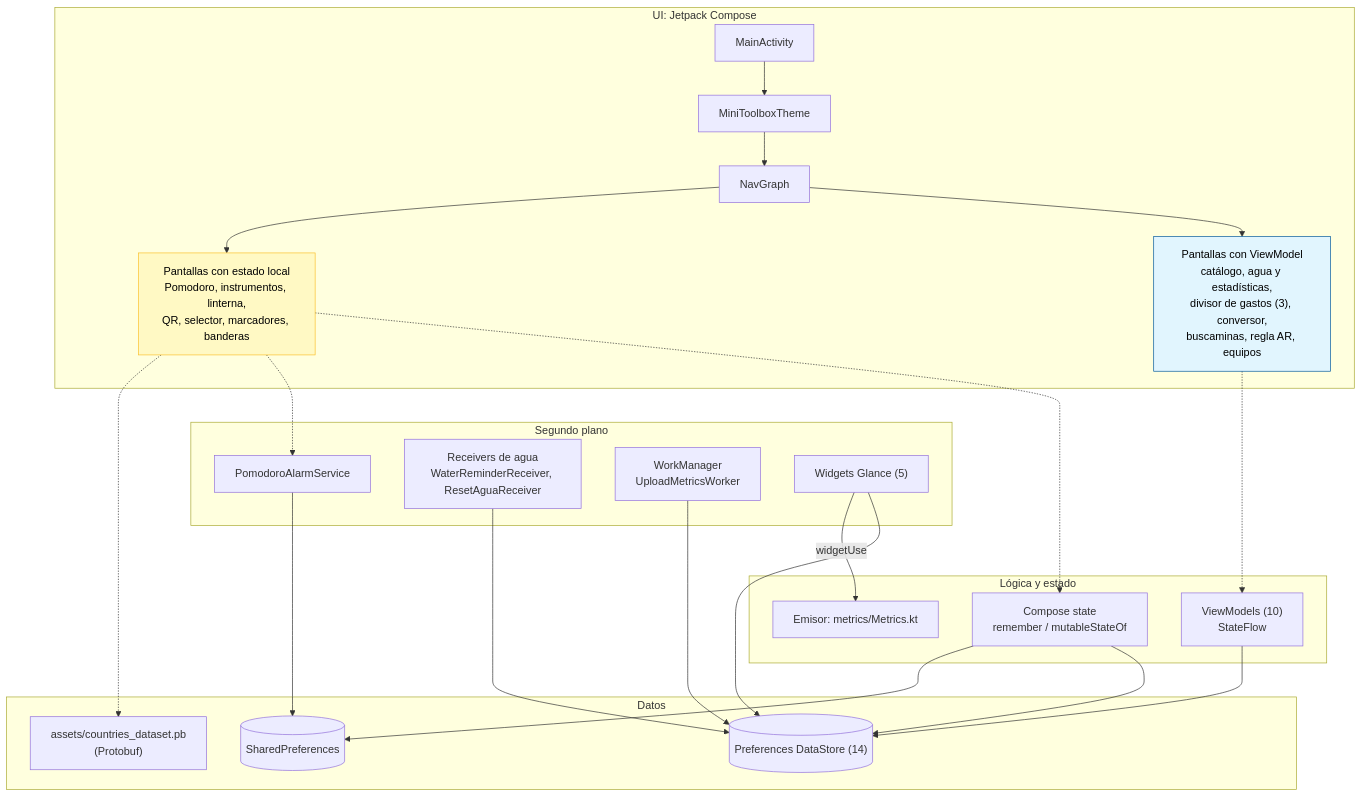
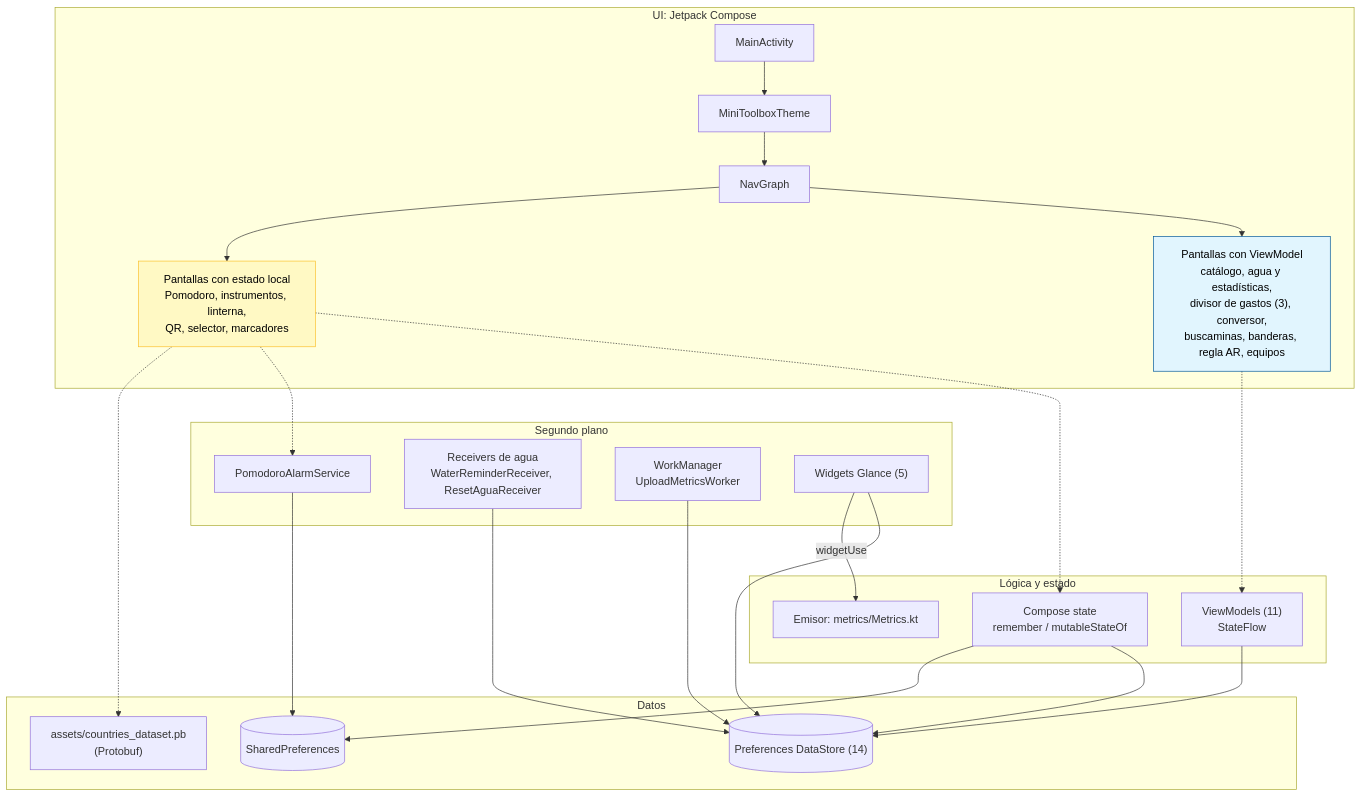
One commit to JoaquinSasso/MiniToolbox changed the first of 4 diagrams in docs/architecture.md. Above: the diagram before and after it, drawn with Mermaid. The commit also changed other lines of this file and 15 other files, not shown here.

````diff
--- a/docs/architecture.md
+++ b/docs/architecture.md
@@ -22,43 +22,43 @@
 ```mermaid
 flowchart TD
     subgraph UI [UI: Jetpack Compose]
         MA[MainActivity] --> MT[MiniToolboxTheme]
         MT --> NG[NavGraph]
-        NG --> VMS["Pantallas con ViewModel<br/>catálogo, agua y estadísticas,<br/>divisor de gastos (3), conversor,<br/>buscaminas, regla AR, equipos"]
-        NG --> LSS["Pantallas con estado local<br/>Pomodoro, instrumentos, linterna,<br/>QR, selector, marcadores, banderas"]
+        NG --> VMS["Pantallas con ViewModel<br/>catálogo, agua y estadísticas,<br/>divisor de gastos (3), conversor,<br/>buscaminas, banderas, regla AR, equipos"]
+        NG --> LSS["Pantallas con estado local<br/>Pomodoro, instrumentos, linterna,<br/>QR, selector, marcadores"]
         style VMS fill:#e1f5fe,stroke:#01579b,color:#000
         style LSS fill:#fff9c4,stroke:#fbc02d,color:#000
     end
 
     subgraph Logic [Lógica y estado]
-        VM["ViewModels (10)<br/>StateFlow"]
+        VM["ViewModels (11)<br/>StateFlow"]
         CS["Compose state<br/>remember / mutableStateOf"]
         MET["Emisor: metrics/Metrics.kt"]
     end
 
     subgraph Background [Segundo plano]
         PAS[PomodoroAlarmService]
         AR["Receivers de agua<br/>WaterReminderReceiver, ResetAguaReceiver"]
         WM["WorkManager<br/>UploadMetricsWorker"]
         GW["Widgets Glance (5)"]
     end
 
     subgraph Data [Datos]
         DS[("Preferences DataStore (14)")]
         SP[("SharedPreferences")]
         PB["assets/countries_dataset.pb<br/>(Protobuf)"]
     end
 
     VMS -.-> VM
     LSS -.-> CS
     VM --> DS
     CS --> DS
     CS --> SP
     LSS -.-> PAS
     PAS --> SP
     AR --> DS
     WM --> DS
     GW --> DS
     LSS -.-> PB
     GW -->|widgetUse| MET
 ```
````
